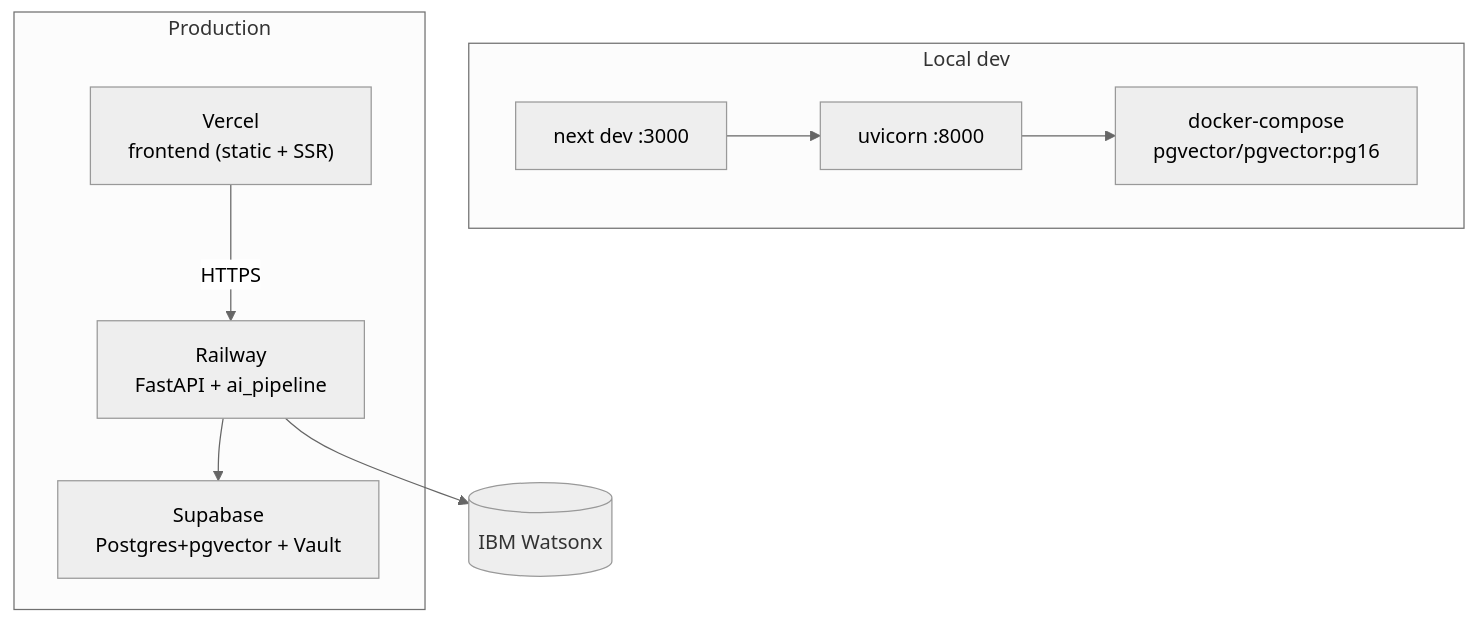
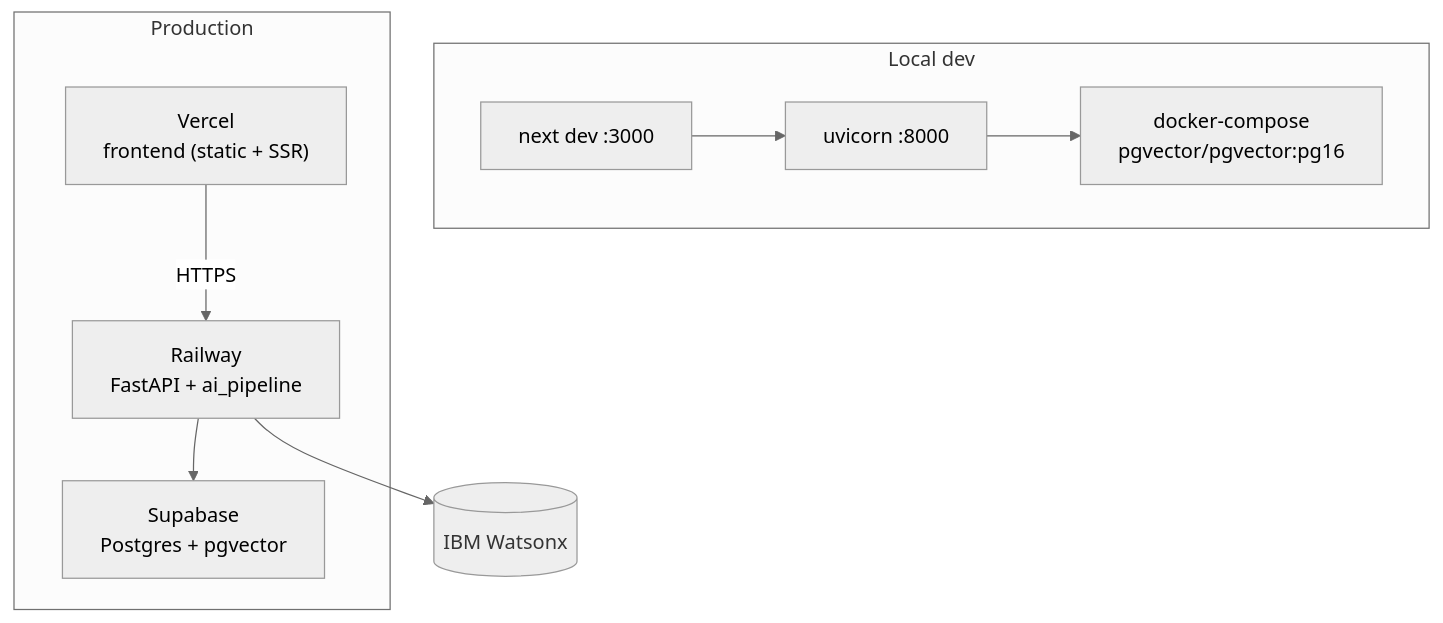
One commit to sergi-torres/AuthorAI changed the eighth of 8 diagrams in docs/architecture.md. Above: the diagram before and after it, drawn with Mermaid (neutral theme). The commit also changed other lines of this file and 6 other files, not shown here.

````diff
--- a/docs/architecture.md
+++ b/docs/architecture.md
@@ -276,24 +291,24 @@
 ```mermaid
 graph TB
     subgraph dev [Local dev]
         dc["docker-compose<br/>pgvector/pgvector:pg16"]
         lfe["next dev :3000"]
         lbe["uvicorn :8000"]
     end
 
     subgraph prod [Production]
         vc["Vercel<br/>frontend (static + SSR)"]
         rw["Railway<br/>FastAPI + ai_pipeline"]
-        sb["Supabase<br/>Postgres+pgvector + Vault"]
+        sb["Supabase<br/>Postgres + pgvector"]
     end
 
     wx[("IBM Watsonx")]
 
     lfe --> lbe --> dc
     vc -->|HTTPS| rw
     rw --> sb
     rw --> wx
 
     classDef ext fill:#eee,stroke:#999,color:#333;
     class wx ext;
 ```
````
